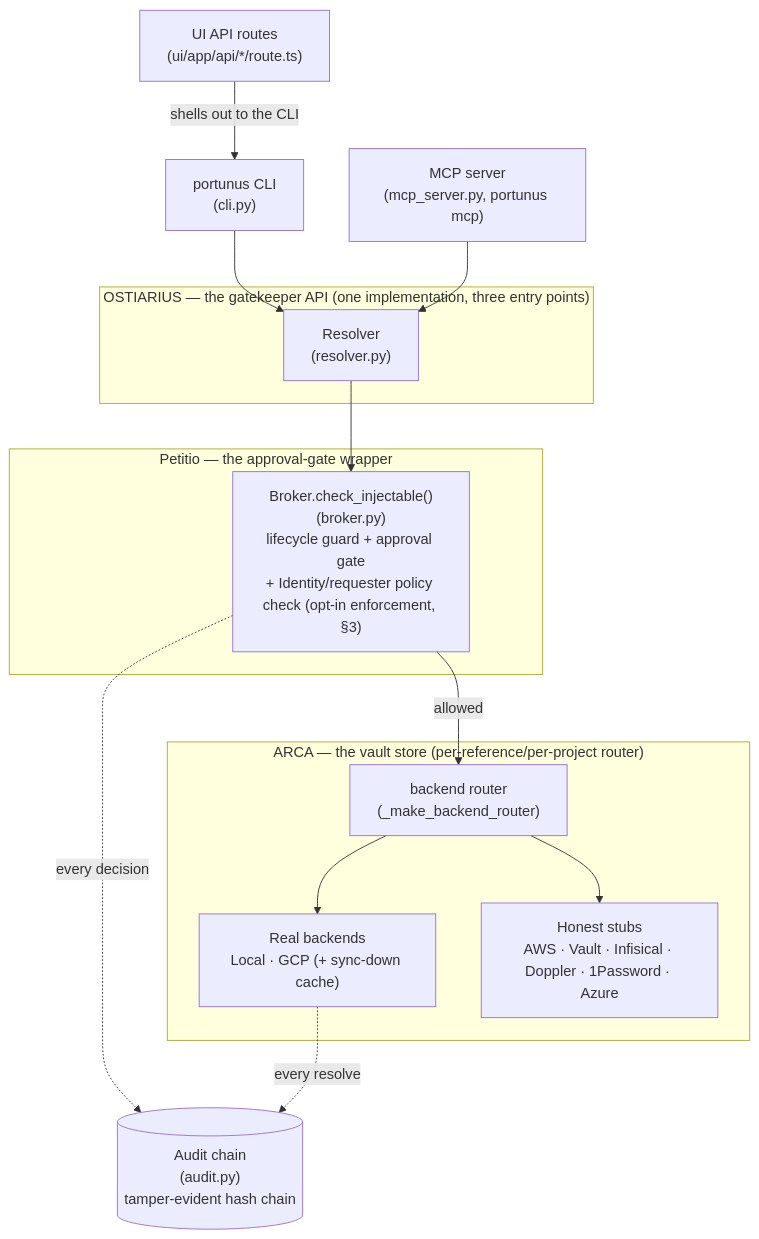
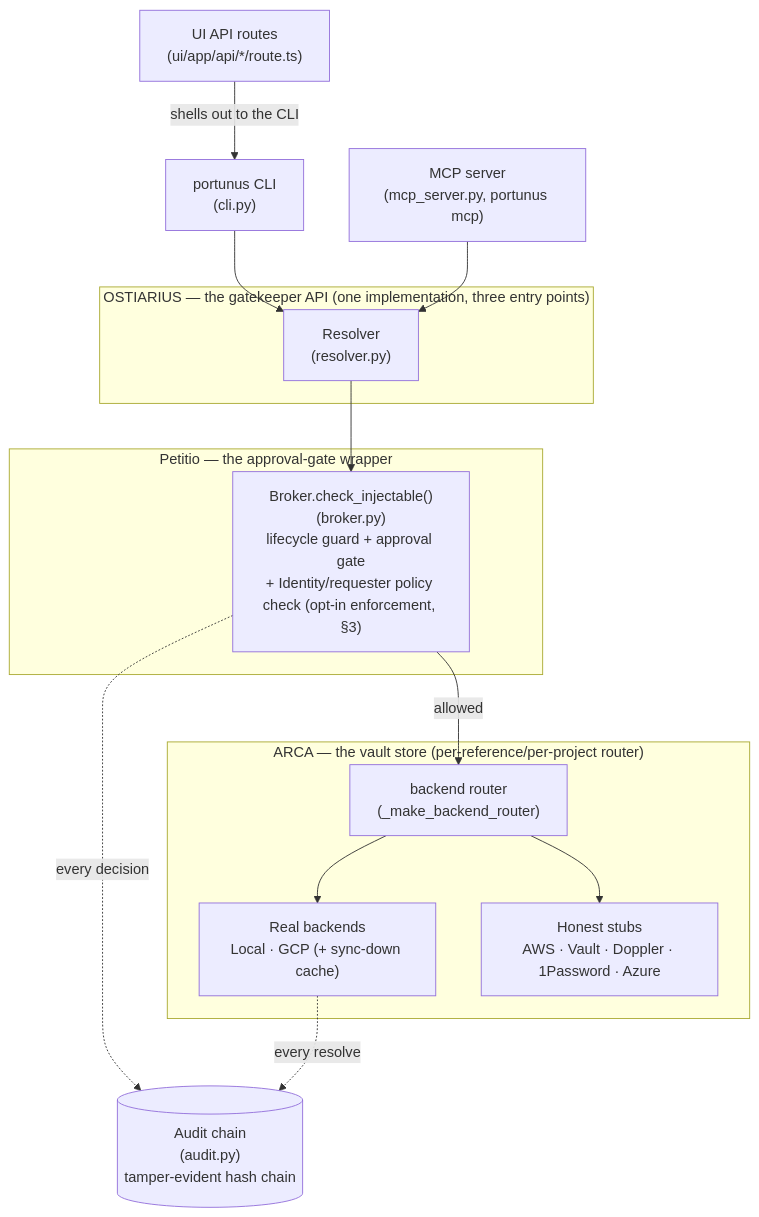
One commit to mdostal/portunus changed the first of 5 diagrams in docs/architecture.md. Above: the diagram before and after it, drawn with Mermaid. The commit also changed 3 other files, not shown here.

First line of the commit message:
PANT-1403: document the Infisical backend; update concepts/architecture and the changelog

````diff
--- a/docs/architecture.md
+++ b/docs/architecture.md
@@ -14,37 +14,37 @@
 ```mermaid
 graph TD
     accTitle: Portunus component diagram
     accDescr: Three OSTIARIUS entry points funnel into one Resolver/Broker implementation, which asks Petitio before ARCA ever returns a value, with the audit chain recording every decision.
 
     CLI["portunus CLI<br/>(cli.py)"]
     UIRoutes["UI API routes<br/>(ui/app/api/*/route.ts)"]
     MCP["MCP server<br/>(mcp_server.py, portunus mcp)"]
 
     subgraph OSTIARIUS["OSTIARIUS — the gatekeeper API (one implementation, three entry points)"]
         Resolver["Resolver<br/>(resolver.py)"]
     end
 
     subgraph Petitio["Petitio — the approval-gate wrapper"]
         Broker["Broker.check_injectable()<br/>(broker.py)<br/>lifecycle guard + approval gate<br/>+ Identity/requester policy check (opt-in enforcement, §3)"]
     end
 
     subgraph ARCA["ARCA — the vault store (per-reference/per-project router)"]
         Router["backend router<br/>(_make_backend_router)"]
         Real["Real backends<br/>Local · GCP (+ sync-down cache)"]
-        Stub["Honest stubs<br/>AWS · Vault · Infisical · Doppler · 1Password · Azure"]
+        Stub["Honest stubs<br/>AWS · Vault · Doppler · 1Password · Azure"]
     end
 
     Audit[("Audit chain<br/>(audit.py)<br/>tamper-evident hash chain")]
 
     CLI --> Resolver
     UIRoutes -->|"shells out to the CLI"| CLI
     MCP --> Resolver
 
     Resolver --> Broker
     Broker -->|allowed| Router
     Router --> Real
     Router --> Stub
 
     Broker -.->|every decision| Audit
     Real -.->|every resolve| Audit
 ```
````
